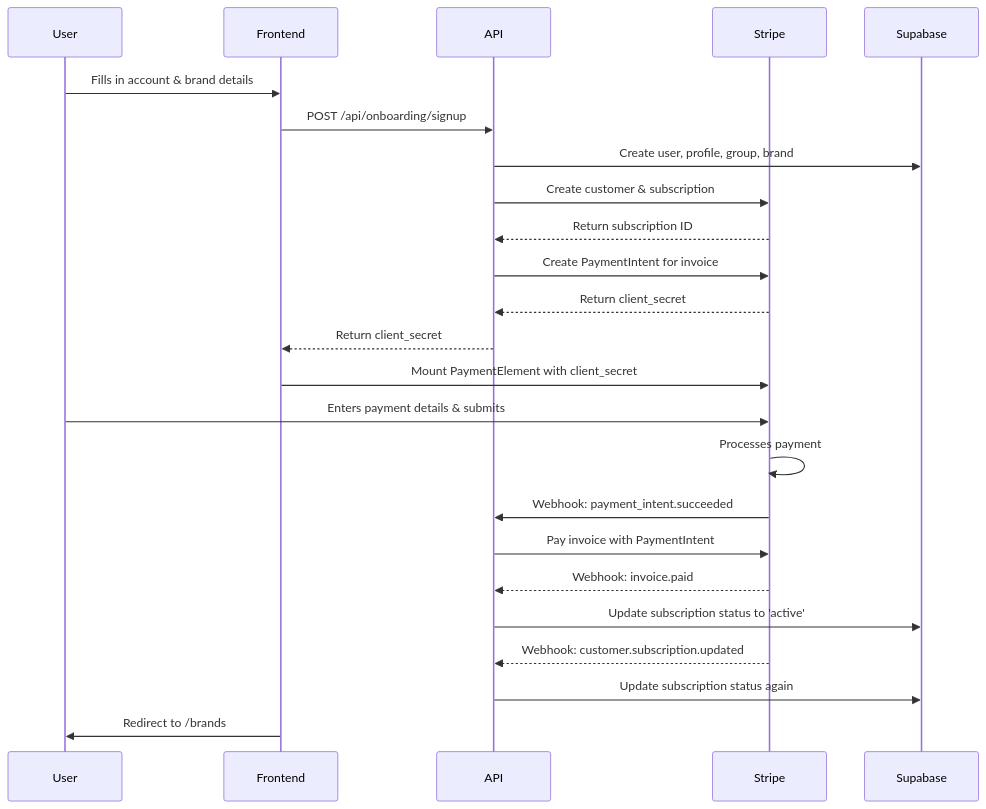
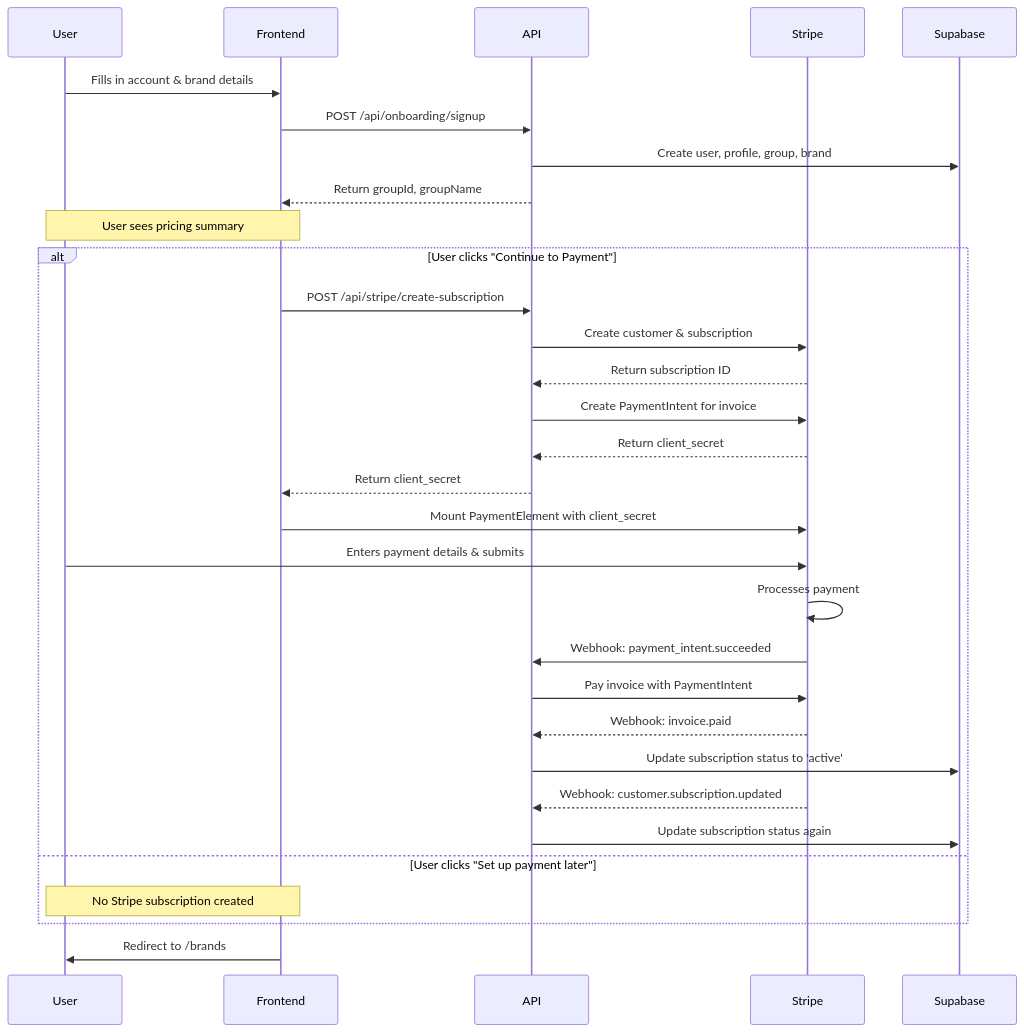
The diagram in docs/processes/onboarding.md (andrewferdinando/ferdyv2), drawn with Mermaid before and after one commit. The commit also changed other lines of this file and 1 other file, not shown here.

Commit message:
Fix skip payment creating orphaned incomplete Stripe subscriptions
Stripe subscription was created in Step 1 (handleStep1Submit) before
the user saw the payment form. When they clicked "Set up payment later",
the subscription was left as incomplete in Stripe.

Fix: Defer subscription creation to Step 2. Step 1 now only creates
DB records and signs in the user. Step 2 shows a pricing summary with
"Continue to Payment" (creates subscription + shows form) and "Set up
payment later" (redirects without creating any Stripe objects).

````diff
--- a/docs/processes/onboarding.md
+++ b/docs/processes/onboarding.md
@@ -9,30 +9,38 @@
 ```mermaid
 sequenceDiagram
     participant User
     participant Frontend
     participant API
     participant Stripe
     participant Supabase
 
     User->>Frontend: Fills in account & brand details
     Frontend->>API: POST /api/onboarding/signup
     API->>Supabase: Create user, profile, group, brand
-    API->>Stripe: Create customer & subscription
-    Stripe-->>API: Return subscription ID
-    API->>Stripe: Create PaymentIntent for invoice
-    Stripe-->>API: Return client_secret
-    API-->>Frontend: Return client_secret
-    
-    Frontend->>Stripe: Mount PaymentElement with client_secret
-    User->>Stripe: Enters payment details & submits
-    Stripe->>Stripe: Processes payment
-    Stripe->>API: Webhook: payment_intent.succeeded
-    
-    API->>Stripe: Pay invoice with PaymentIntent
-    Stripe-->>API: Webhook: invoice.paid
-    API->>Supabase: Update subscription status to 'active'
-    Stripe-->>API: Webhook: customer.subscription.updated
-    API->>Supabase: Update subscription status again
-    
+    API-->>Frontend: Return groupId, groupName
+
+    Note over User,Frontend: User sees pricing summary
+    alt User clicks "Continue to Payment"
+        Frontend->>API: POST /api/stripe/create-subscription
+        API->>Stripe: Create customer & subscription
+        Stripe-->>API: Return subscription ID
+        API->>Stripe: Create PaymentIntent for invoice
+        Stripe-->>API: Return client_secret
+        API-->>Frontend: Return client_secret
+
+        Frontend->>Stripe: Mount PaymentElement with client_secret
+        User->>Stripe: Enters payment details & submits
+        Stripe->>Stripe: Processes payment
+        Stripe->>API: Webhook: payment_intent.succeeded
+
+        API->>Stripe: Pay invoice with PaymentIntent
+        Stripe-->>API: Webhook: invoice.paid
+        API->>Supabase: Update subscription status to 'active'
+        Stripe-->>API: Webhook: customer.subscription.updated
+        API->>Supabase: Update subscription status again
+    else User clicks "Set up payment later"
+        Note over User,Frontend: No Stripe subscription created
+    end
+
     Frontend->>User: Redirect to /brands
 ```
````
